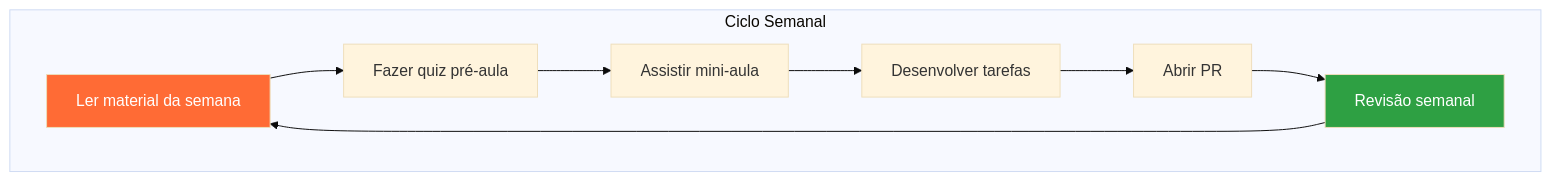
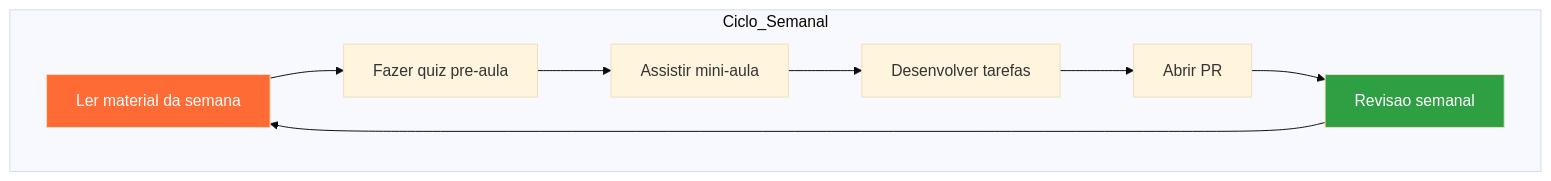
One commit to ViniciusCMB/telemetry-trainee-program changed the second of 3 diagrams in docs/guia-do-aluno.md. Above: the diagram before and after it, drawn with Mermaid (base theme). The commit also changed other lines of this file and 8 other files, not shown here.

First line of the commit message:
fix: corrige syntaxe Mermaid flowcharts para exibicao web

````diff
--- a/docs/guia-do-aluno.md
+++ b/docs/guia-do-aluno.md
@@ -23,15 +23,15 @@
 ```mermaid
 flowchart TD
-    subgraph "Ciclo Semanal"
-        A[Ler material da semana] --> B[Fazer quiz pré-aula]
+    subgraph Ciclo_Semanal
+        A[Ler material da semana] --> B[Fazer quiz pre-aula]
         B --> C[Assistir mini-aula]
         C --> D[Desenvolver tarefas]
         D --> E[Abrir PR]
-        E --> F[Revisão semanal]
+        E --> F[Revisao semanal]
     end
     
     F --> A
     
     style A fill:#ff6b35,color:#fff
     style F fill:#2ea043,color:#fff
 ```
````
